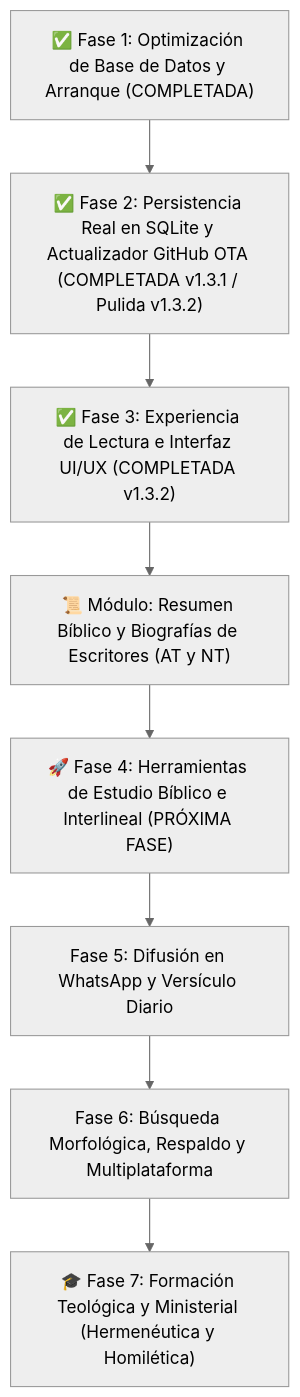
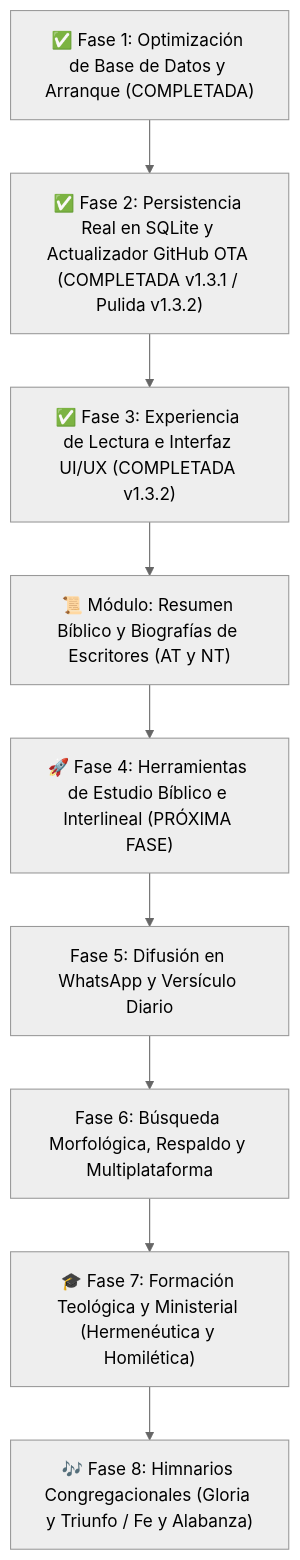
The first of 9 diagrams in Archivos_md/PLAN_IMPLEMENTACION.md (NetOpsSolutions/Berea_Interlineal), drawn with Mermaid (neutral theme) before and after one commit. The commit also changed other lines of this file and 1 other file, not shown here.

````diff
--- a/Archivos_md/PLAN_IMPLEMENTACION.md
+++ b/Archivos_md/PLAN_IMPLEMENTACION.md
@@ -17,10 +17,11 @@
 ```mermaid
 flowchart TD
     Fase1["✅ Fase 1: Optimización de Base de Datos y Arranque (COMPLETADA)"] --> Fase2["✅ Fase 2: Persistencia Real en SQLite y Actualizador GitHub OTA (COMPLETADA v1.3.1 / Pulida v1.3.2)"]
     Fase2 --> Fase3["✅ Fase 3: Experiencia de Lectura e Interfaz UI/UX (COMPLETADA v1.3.2)"]
     Fase3 --> ResumenBiblico["📜 Módulo: Resumen Bíblico y Biografías de Escritores (AT y NT)"]
     ResumenBiblico --> Fase4["🚀 Fase 4: Herramientas de Estudio Bíblico e Interlineal (PRÓXIMA FASE)"]
     Fase4 --> Fase5["Fase 5: Difusión en WhatsApp y Versículo Diario"]
     Fase5 --> Fase6["Fase 6: Búsqueda Morfológica, Respaldo y Multiplataforma"]
     Fase6 --> Fase7["🎓 Fase 7: Formación Teológica y Ministerial (Hermenéutica y Homilética)"]
+    Fase7 --> Fase8["🎶 Fase 8: Himnarios Congregacionales (Gloria y Triunfo / Fe y Alabanza)"]
 ```
````
